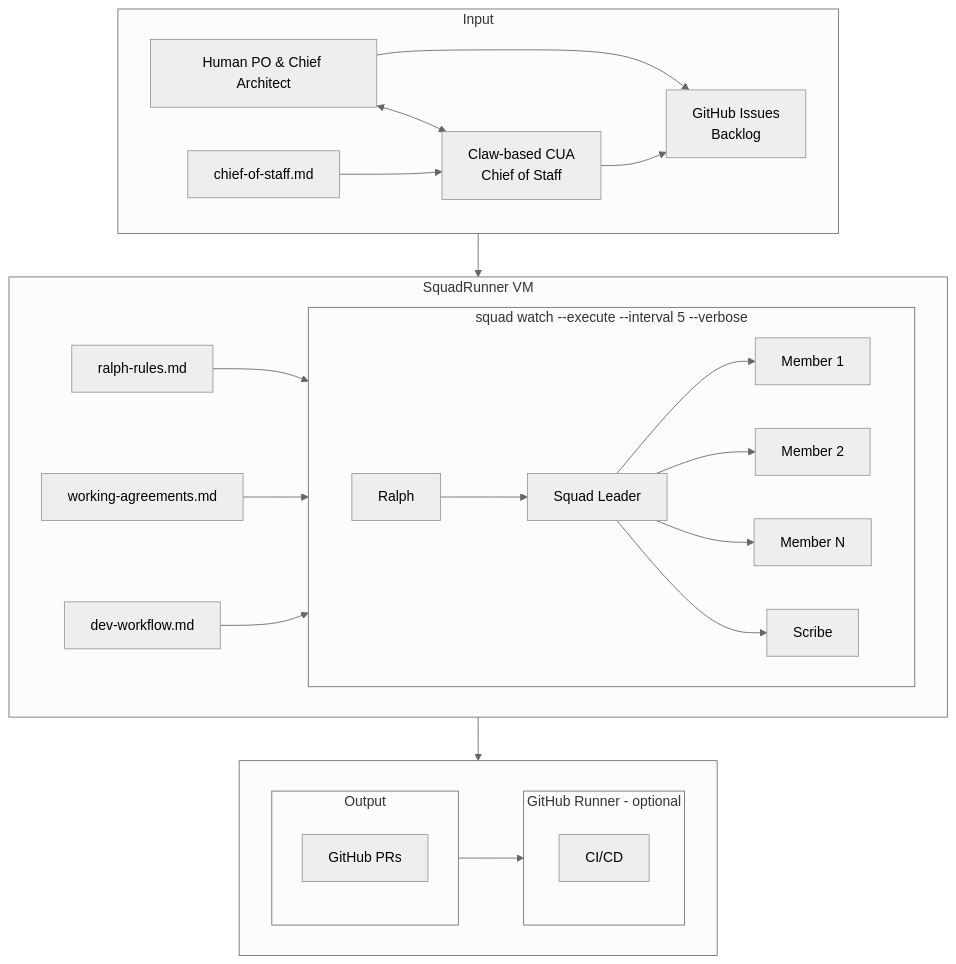
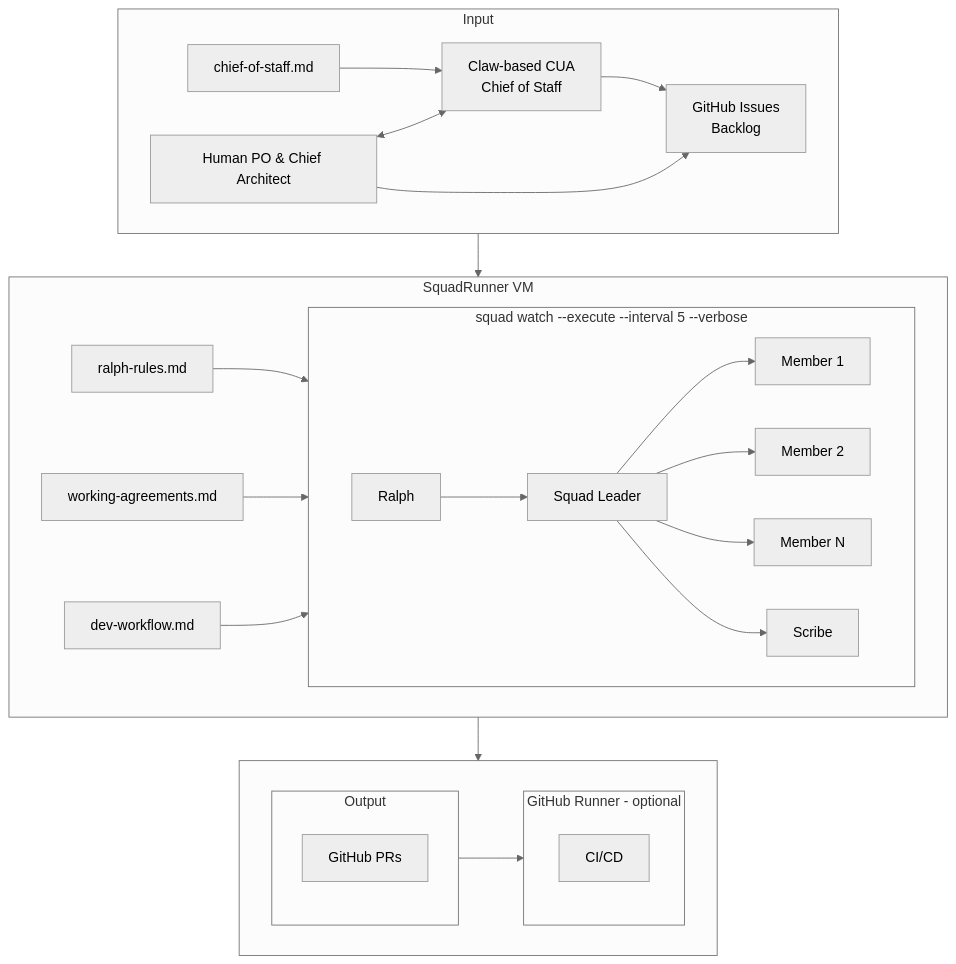
The diagram in README.md (TheeUnderdog/SquadRunner), drawn with Mermaid (neutral theme) before and after one commit. The commit also changed other lines of this file, not shown here.

Commit message:
Adjust node order for better alignment

````diff
--- a/README.md
+++ b/README.md
@@ -9,37 +9,38 @@
 ```mermaid
 flowchart TD
     subgraph Input
+        COS[chief-of-staff.md] --> CUA
         H[Human PO & Chief Architect] <--> CUA[Claw-based CUA<br/>Chief of Staff]
-        COS[chief-of-staff.md] --> CUA
-        H & CUA --> GH[GitHub Issues<br/>Backlog]
+        CUA --> GH[GitHub Issues<br/>Backlog]
+        H --> GH
     end
     
     Input --> VM
     
     subgraph VM[SquadRunner VM]
         RR[ralph-rules.md] --> SW
         WA[working-agreements.md] --> SW
         DW[dev-workflow.md] --> SW
         subgraph SW[squad watch --execute --interval 5 --verbose]
             direction LR
             R[Ralph] --> SL[Squad Leader]
             SL --> M1[Member 1]
             SL --> M2[Member 2]
             SL --> MN[Member N]
             SL --> SC[Scribe]
         end
     end
     
     VM --> Bottom
     
     subgraph Bottom[ ]
         direction LR
         subgraph Output
             PR[GitHub PRs]
         end
         Output --> Runner
         subgraph Runner[GitHub Runner - optional]
             CI[CI/CD]
         end
     end
 ```
````
